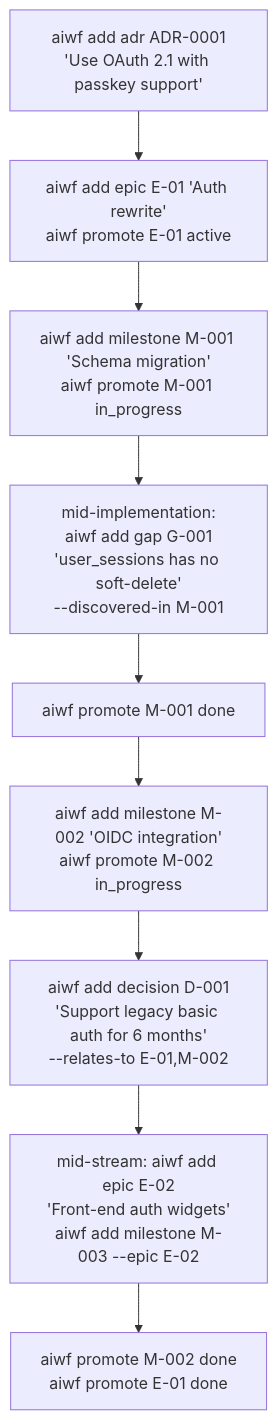
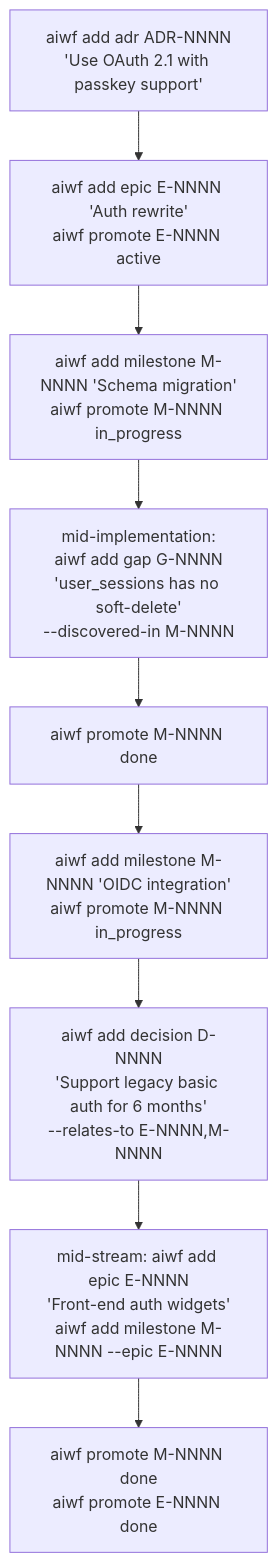
Before and after one commit to 23min/aiwf: the second of 2 diagrams in docs/workflows.md, drawn with Mermaid. The commit also changed other lines of this file and 3 other files, not shown here.

````diff
--- a/docs/workflows.md
+++ b/docs/workflows.md
@@ -121,14 +121,14 @@
 ```mermaid
 flowchart TB
-    A["aiwf add adr ADR-0001<br/>'Use OAuth 2.1 with passkey support'"]
-    B["aiwf add epic E-01 'Auth rewrite'<br/>aiwf promote E-01 active"]
-    C["aiwf add milestone M-001 'Schema migration'<br/>aiwf promote M-001 in_progress"]
-    D["mid-implementation:<br/>aiwf add gap G-001<br/>'user_sessions has no soft-delete'<br/>--discovered-in M-001"]
-    E["aiwf promote M-001 done"]
-    F["aiwf add milestone M-002 'OIDC integration'<br/>aiwf promote M-002 in_progress"]
-    G["aiwf add decision D-001<br/>'Support legacy basic auth for 6 months'<br/>--relates-to E-01,M-002"]
-    H["mid-stream: aiwf add epic E-02<br/>'Front-end auth widgets'<br/>aiwf add milestone M-003 --epic E-02"]
-    I["aiwf promote M-002 done<br/>aiwf promote E-01 done"]
+    A["aiwf add adr ADR-NNNN<br/>'Use OAuth 2.1 with passkey support'"]
+    B["aiwf add epic E-NNNN 'Auth rewrite'<br/>aiwf promote E-NNNN active"]
+    C["aiwf add milestone M-NNNN 'Schema migration'<br/>aiwf promote M-NNNN in_progress"]
+    D["mid-implementation:<br/>aiwf add gap G-NNNN<br/>'user_sessions has no soft-delete'<br/>--discovered-in M-NNNN"]
+    E["aiwf promote M-NNNN done"]
+    F["aiwf add milestone M-NNNN 'OIDC integration'<br/>aiwf promote M-NNNN in_progress"]
+    G["aiwf add decision D-NNNN<br/>'Support legacy basic auth for 6 months'<br/>--relates-to E-NNNN,M-NNNN"]
+    H["mid-stream: aiwf add epic E-NNNN<br/>'Front-end auth widgets'<br/>aiwf add milestone M-NNNN --epic E-NNNN"]
+    I["aiwf promote M-NNNN done<br/>aiwf promote E-NNNN done"]
 
     A --> B --> C --> D --> E --> F --> G --> H --> I
 ```
````
